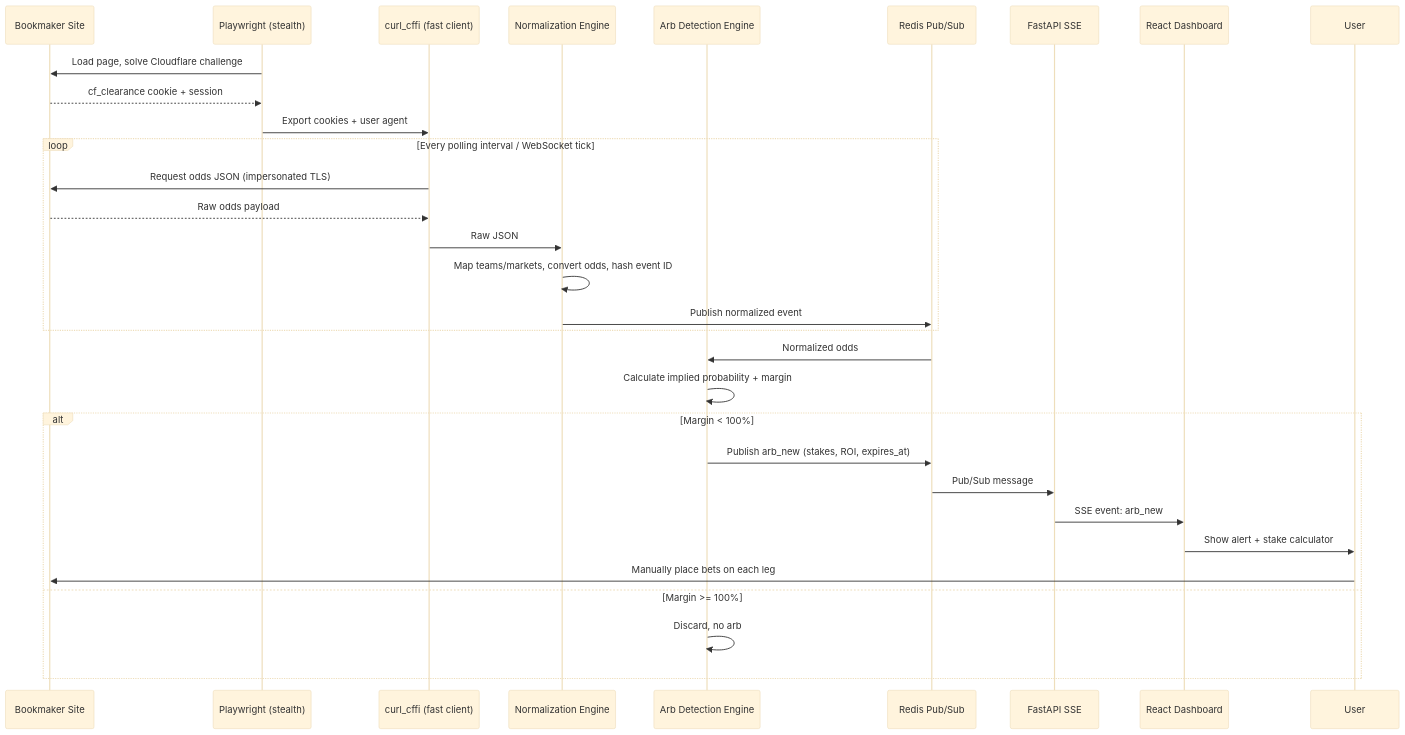
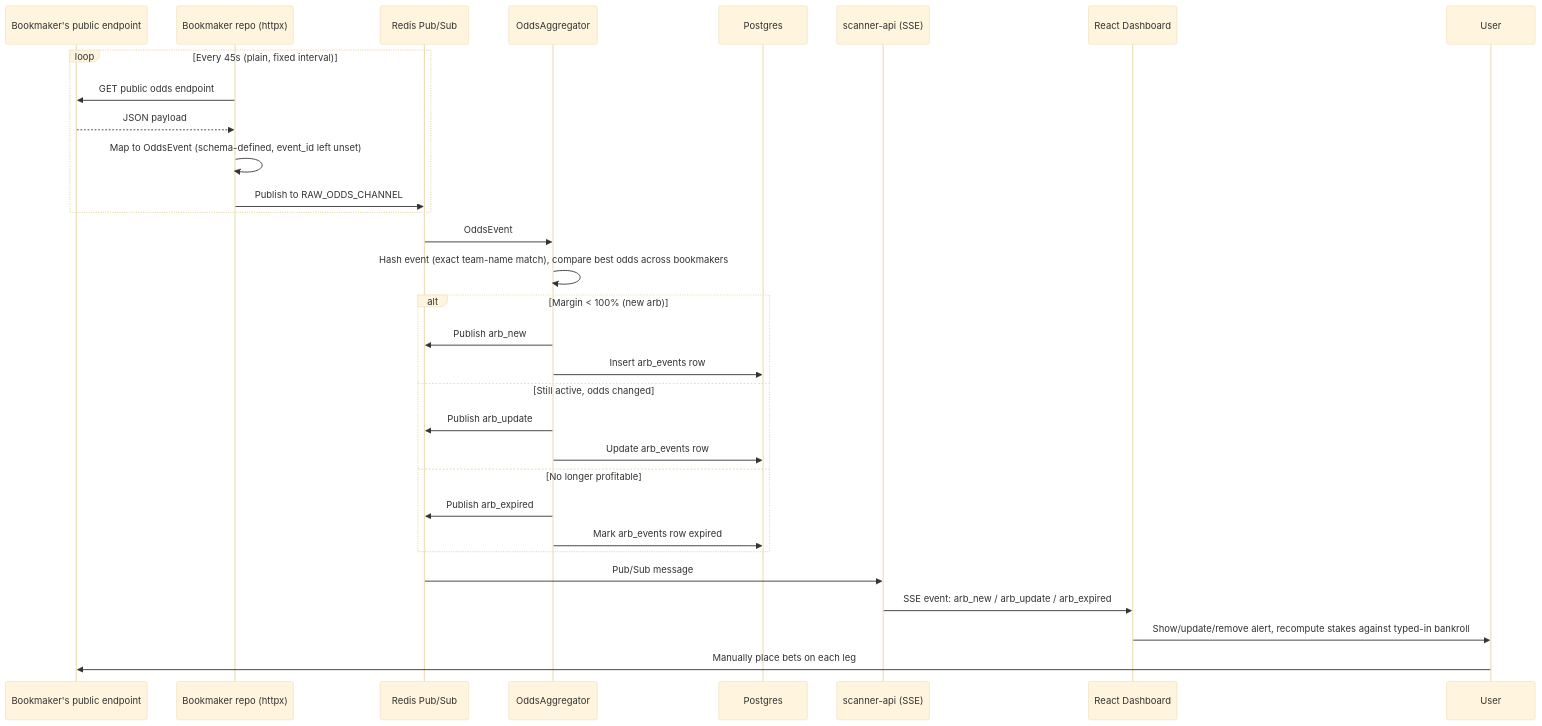
Before and after one commit to MadunaCapital/scanner-schemas: the second of 5 diagrams in docs/architecture-diagrams.md, drawn with Mermaid (base theme). The commit also changed other lines of this file and 4 other files, not shown here.

Commit message:
Update docs to reflect reality: add as-built-architecture.md, correct diagrams (Azure not AWS, no evasion tooling used), point original plan/README at it

````diff
--- a/docs/architecture-diagrams.md
+++ b/docs/architecture-diagrams.md
@@ -54,34 +53,34 @@
 ```mermaid
 sequenceDiagram
-    participant BM as Bookmaker Site
-    participant PW as Playwright (stealth)
-    participant CF as curl_cffi (fast client)
-    participant NORM as Normalization Engine
-    participant ENGINE as Arb Detection Engine
+    participant BM as Bookmaker's public endpoint
+    participant SC as Bookmaker repo (httpx)
     participant REDIS as Redis Pub/Sub
-    participant API as FastAPI SSE
+    participant AGG as OddsAggregator
+    participant PG as Postgres
+    participant API as scanner-api (SSE)
     participant UI as React Dashboard
     participant U as User
 
-    PW->>BM: Load page, solve Cloudflare challenge
-    BM-->>PW: cf_clearance cookie + session
-    PW->>CF: Export cookies + user agent
-    loop Every polling interval / WebSocket tick
-        CF->>BM: Request odds JSON (impersonated TLS)
-        BM-->>CF: Raw odds payload
-        CF->>NORM: Raw JSON
-        NORM->>NORM: Map teams/markets, convert odds, hash event ID
-        NORM->>REDIS: Publish normalized event
+    loop Every 45s (plain, fixed interval)
+        SC->>BM: GET public odds endpoint
+        BM-->>SC: JSON payload
+        SC->>SC: Map to OddsEvent (schema-defined, event_id left unset)
+        SC->>REDIS: Publish to RAW_ODDS_CHANNEL
     end
-    REDIS->>ENGINE: Normalized odds
-    ENGINE->>ENGINE: Calculate implied probability + margin
-    alt Margin < 100%
-        ENGINE->>REDIS: Publish arb_new (stakes, ROI, expires_at)
-        REDIS->>API: Pub/Sub message
-        API->>UI: SSE event: arb_new
-        UI->>U: Show alert + stake calculator
-        U->>BM: Manually place bets on each leg
-    else Margin >= 100%
-        ENGINE->>ENGINE: Discard, no arb
+    REDIS->>AGG: OddsEvent
+    AGG->>AGG: Hash event (exact team-name match), compare best odds across bookmakers
+    alt Margin < 100% (new arb)
+        AGG->>REDIS: Publish arb_new
+        AGG->>PG: Insert arb_events row
+    else Still active, odds changed
+        AGG->>REDIS: Publish arb_update
+        AGG->>PG: Update arb_events row
+    else No longer profitable
+        AGG->>REDIS: Publish arb_expired
+        AGG->>PG: Mark arb_events row expired
     end
+    REDIS->>API: Pub/Sub message
+    API->>UI: SSE event: arb_new / arb_update / arb_expired
+    UI->>U: Show/update/remove alert, recompute stakes against typed-in bankroll
+    U->>BM: Manually place bets on each leg
 ```
````
